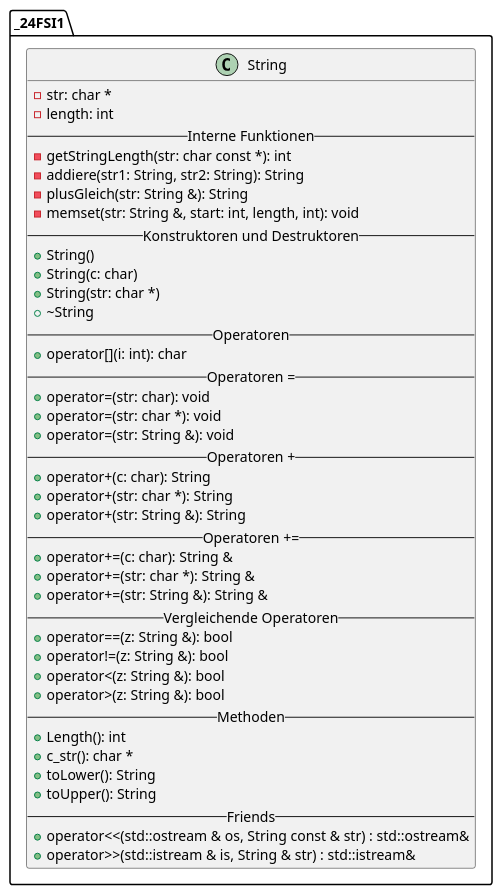
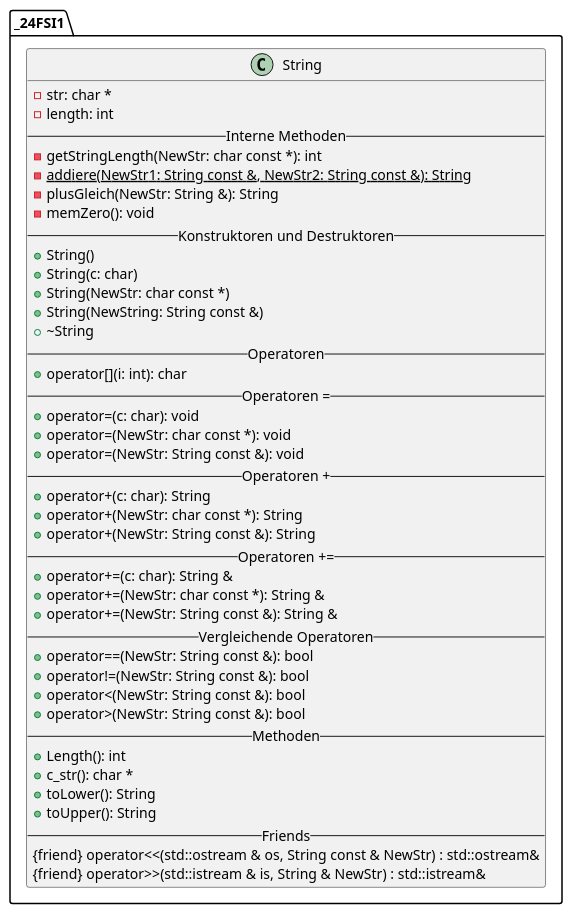
The diagram in String.puml (CarosCave/EigeneStrings), drawn with PlantUML before and after one commit. The commit also changed 2 other files, not shown here.

```diff
--- a/String.puml
+++ b/String.puml
@@ -1,46 +1,47 @@
 @startuml
 'https://plantuml.com/class-diagram
 set namespaceSeparator ::
 class _24FSI1::String {
 -str: char *
 -length: int
--- Interne Funktionen --
--getStringLength(str: char const *): int
--addiere(str1: String, str2: String): String
--plusGleich(str: String &): String
--memset(str: String &, start: int, length, int): void
+-- Interne Methoden --
+-getStringLength(NewStr: char const *): int
+-{static}addiere(NewStr1: String const &, NewStr2: String const &): String
+-plusGleich(NewStr: String &): String
+-memZero(): void
 -- Konstruktoren und Destruktoren --
 +String()
 +String(c: char)
-+String(str: char *)
++String(NewStr: char const *)
++String(NewString: String const &)
 +~String
 -- Operatoren --
 +operator[](i: int): char
 -- Operatoren = --
-+operator=(str: char): void
-+operator=(str: char *): void
-+operator=(str: String &): void
++operator=(c: char): void
++operator=(NewStr: char const *): void
++operator=(NewStr: String const &): void
 -- Operatoren + --
 +operator+(c: char): String
-+operator+(str: char *): String
-+operator+(str: String &): String
++operator+(NewStr: char const *): String
++operator+(NewStr: String const &): String
 -- Operatoren += --
 +operator+=(c: char): String &
-+operator+=(str: char *): String &
-+operator+=(str: String &): String &
++operator+=(NewStr: char const *): String &
++operator+=(NewStr: String const &): String &
 -- Vergleichende Operatoren --
-+operator==(z: String &): bool
-+operator!=(z: String &): bool
-+operator<(z: String &): bool
-+operator>(z: String &): bool
++operator==(NewStr: String const &): bool
++operator!=(NewStr: String const &): bool
++operator<(NewStr: String const &): bool
++operator>(NewStr: String const &): bool
 -- Methoden --
 +Length(): int
 +c_str(): char *
 +toLower(): String
 +toUpper(): String
 -- Friends --
-+operator<<(std::ostream & os, String const & str) : std::ostream&
-+operator>>(std::istream & is, String & str) : std::istream&
+{friend} operator<<(std::ostream & os, String const & NewStr) : std::ostream&
+{friend} operator>>(std::istream & is, String & NewStr) : std::istream&
 }
 }
 @enduml
```
